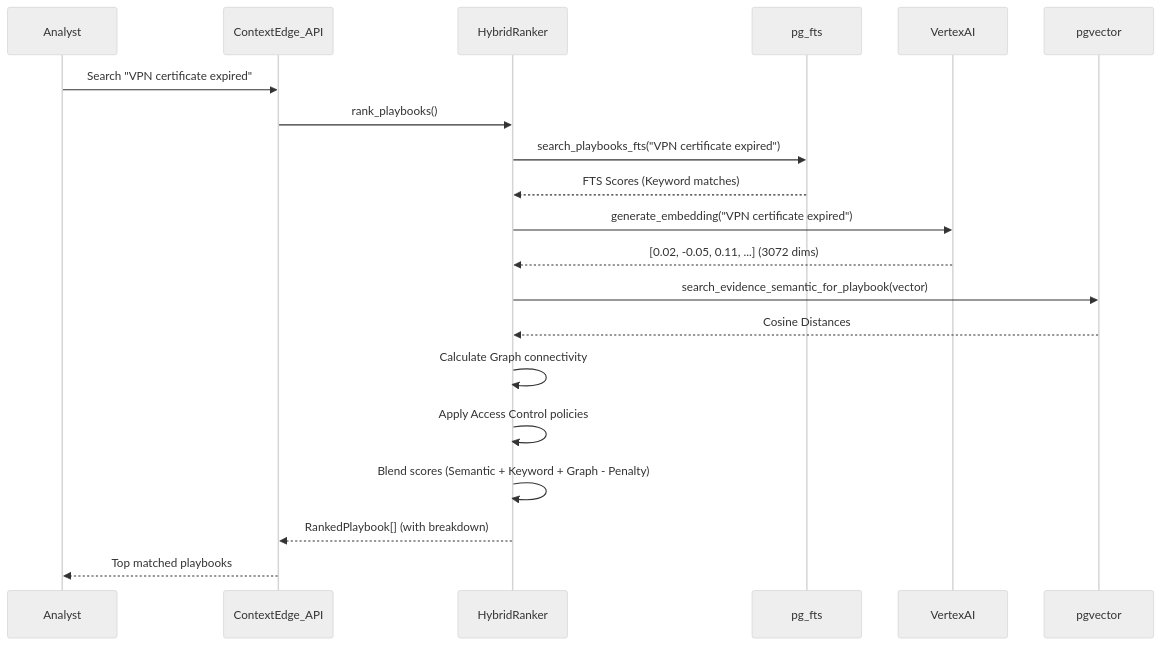
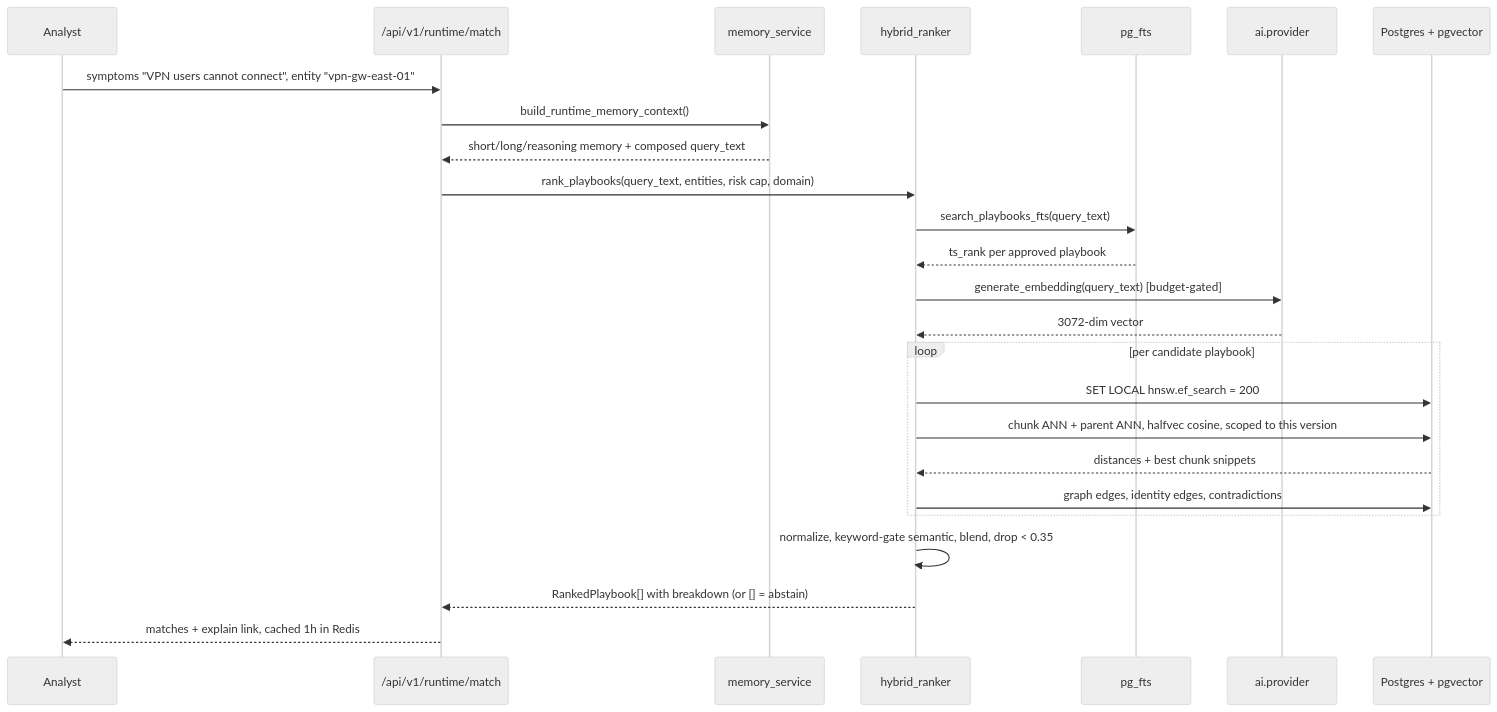
The diagram in docs/07_Vector_Search_and_Embeddings.md (Valuedx/ContextEdge), drawn with Mermaid (neutral theme) before and after one commit. The commit also changed other lines of this file and 48 other files, not shown here.

````diff
--- a/docs/07_Vector_Search_and_Embeddings.md
+++ b/docs/07_Vector_Search_and_Embeddings.md
@@ -363,33 +479,32 @@
 ```mermaid
 sequenceDiagram
     participant Analyst
-    participant ContextEdge_API
-    participant HybridRanker
-    participant pg_fts
-    participant VertexAI
-    participant pgvector
+    participant API as /api/v1/runtime/match
+    participant Memory as memory_service
+    participant Ranker as hybrid_ranker
+    participant FTS as pg_fts
+    participant Provider as ai.provider
+    participant PG as Postgres + pgvector
 
-    Analyst->>ContextEdge_API: Search "VPN certificate expired"
-    ContextEdge_API->>HybridRanker: rank_playbooks()
-    
-    %% Keyword Search
-    HybridRanker->>pg_fts: search_playbooks_fts("VPN certificate expired")
-    pg_fts-->>HybridRanker: FTS Scores (Keyword matches)
-    
-    %% Semantic Search
-    HybridRanker->>VertexAI: generate_embedding("VPN certificate expired")
-    VertexAI-->>HybridRanker: [0.02, -0.05, 0.11, ...] (3072 dims)
-    
-    HybridRanker->>pgvector: search_evidence_semantic_for_playbook(vector)
-    pgvector-->>HybridRanker: Cosine Distances
-    
-    %% Graph & Policy
-    HybridRanker->>HybridRanker: Calculate Graph connectivity
-    HybridRanker->>HybridRanker: Apply Access Control policies
-    
-    %% Blending
-    HybridRanker->>HybridRanker: Blend scores (Semantic + Keyword + Graph - Penalty)
-    
-    HybridRanker-->>ContextEdge_API: RankedPlaybook[] (with breakdown)
-    ContextEdge_API-->>Analyst: Top matched playbooks
+    Analyst->>API: symptoms "VPN users cannot connect", entity "vpn-gw-east-01"
+    API->>Memory: build_runtime_memory_context()
+    Memory-->>API: short/long/reasoning memory + composed query_text
+
+    API->>Ranker: rank_playbooks(query_text, entities, risk cap, domain)
+    Ranker->>FTS: search_playbooks_fts(query_text)
+    FTS-->>Ranker: ts_rank per approved playbook
+
+    Ranker->>Provider: generate_embedding(query_text)  [budget-gated]
+    Provider-->>Ranker: 3072-dim vector
+
+    loop per candidate playbook
+        Ranker->>PG: SET LOCAL hnsw.ef_search = 200
+        Ranker->>PG: chunk ANN + parent ANN, halfvec cosine, scoped to this version
+        PG-->>Ranker: distances + best chunk snippets
+        Ranker->>PG: graph edges, identity edges, contradictions
+    end
+
+    Ranker->>Ranker: normalize, keyword-gate semantic, blend, drop < 0.35
+    Ranker-->>API: RankedPlaybook[] with breakdown (or [] = abstain)
+    API-->>Analyst: matches + explain link, cached 1h in Redis
 ```
````
